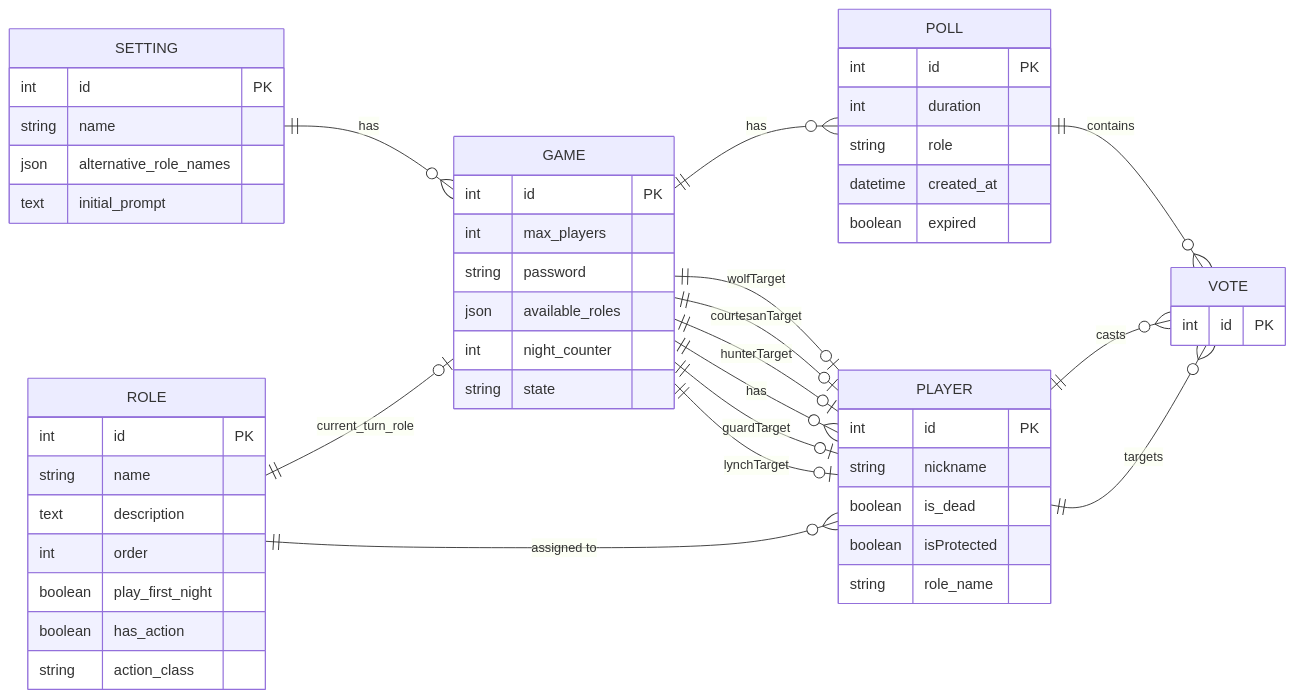
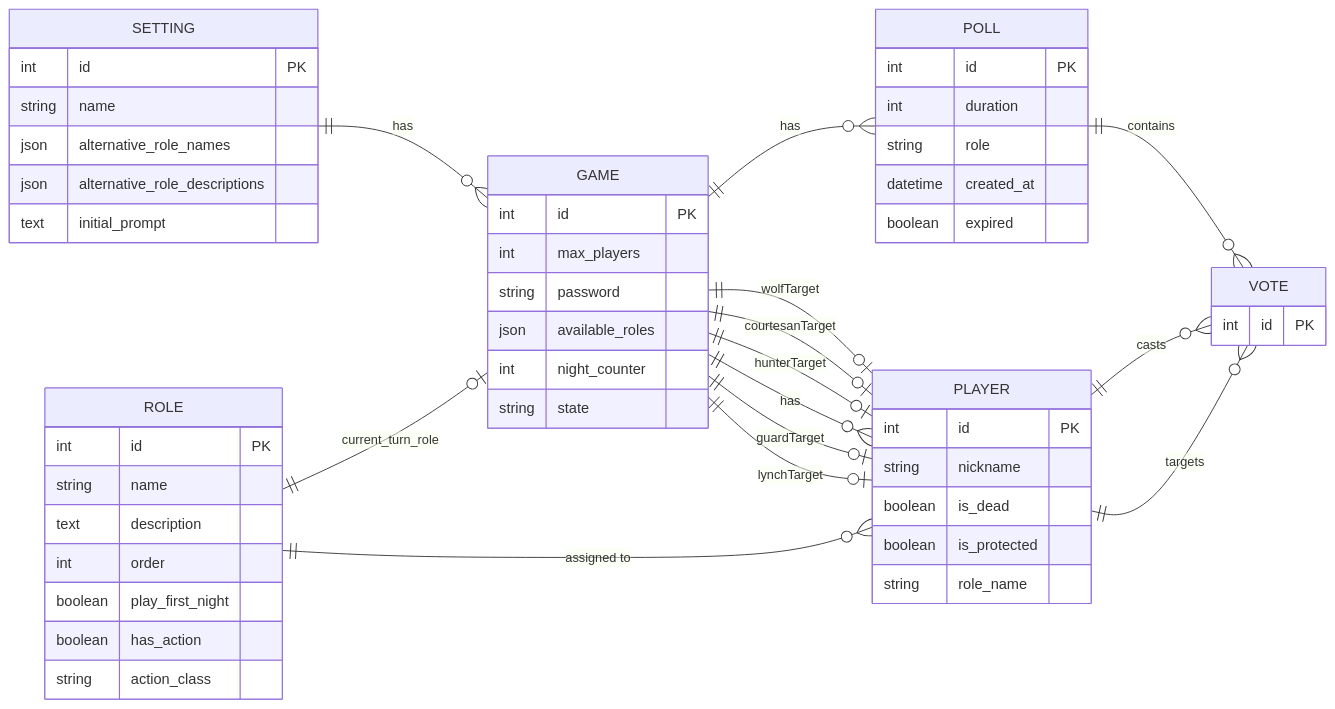
The diagram in Documentation/Diagram/er_diagram.mmd (rivaPolimi/LLMinFabula), drawn with Mermaid before and after one commit. The commit also changed 15 other files, not shown here.

```diff
--- a/Documentation/Diagram/er_diagram.mmd
+++ b/Documentation/Diagram/er_diagram.mmd
@@ -1,66 +1,67 @@
 erDiagram
     direction LR
 
     SETTING {
         int id PK
         string name
         json alternative_role_names
+        json alternative_role_descriptions
         text initial_prompt
     }
 
     ROLE {
         int id PK
         string name
         text description
         int order
         boolean play_first_night
         boolean has_action
         string action_class
     }
 
     GAME {
         int id PK
         int max_players
         string password
         json available_roles
         int night_counter
         string state
     }
 
     PLAYER {
         int id PK
         string nickname
         boolean is_dead
-        boolean isProtected
+        boolean is_protected
         string role_name
     }
 
     POLL {
         int id PK
         int duration
         string role
         datetime created_at
         boolean expired
     }
 
     VOTE {
         int id PK
     }
 
     %% Relationships
     GAME ||--o{ POLL : "has"
     SETTING ||--o{ GAME : "has"
     ROLE ||--o| GAME : "current_turn_role"
     ROLE ||--o{ PLAYER : "assigned to"
 
     POLL ||--o{ VOTE : "contains"
 
     PLAYER ||--o{ VOTE : "casts"
     PLAYER ||--o{ VOTE : "targets"
 
     GAME ||--o| PLAYER : "wolfTarget"
     GAME ||--o| PLAYER : "courtesanTarget"
     GAME ||--o| PLAYER : "hunterTarget"
      GAME ||--o{ PLAYER : "has"
     GAME ||--o| PLAYER : "guardTarget"
     GAME ||--o| PLAYER : "lynchTarget"
```
